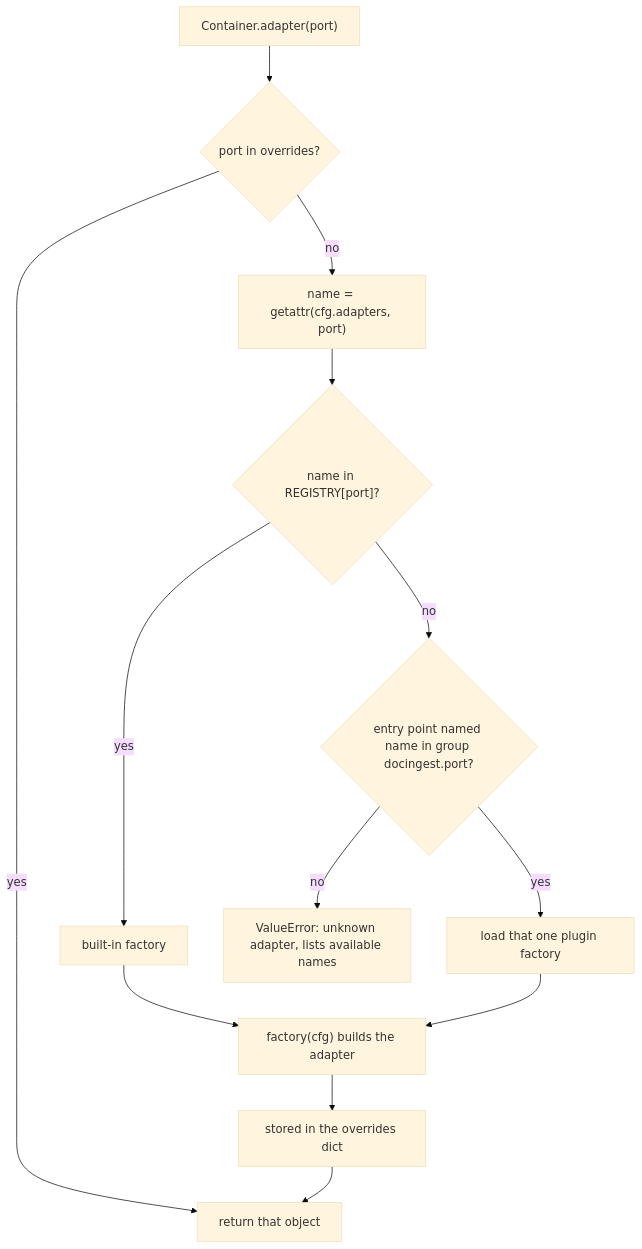
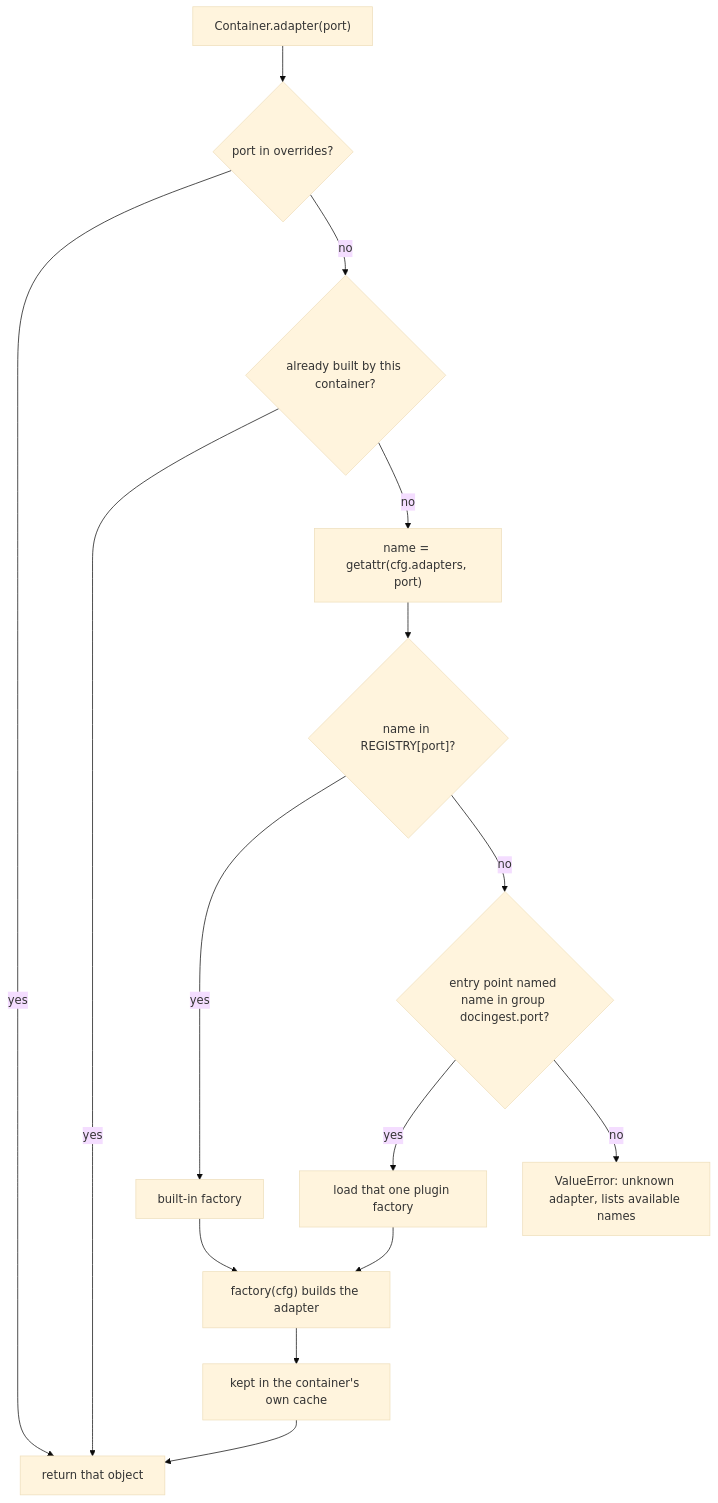
One commit to etxsA/doc-ingest changed the third of 3 diagrams in src/docingest/README.md. Above: the diagram before and after it, drawn with Mermaid (base theme). The commit also changed other lines of this file and 12 other files, not shown here.

Commit message:
docs: module READMEs, architecture and contributing guide match the fixes

````diff
--- a/src/docingest/README.md
+++ b/src/docingest/README.md
@@ -152,15 +152,17 @@
 ```mermaid
 flowchart TD
     A["Container.adapter(port)"] --> B{"port in overrides?"}
     B -->|yes| R["return that object"]
-    B -->|no| N["name = getattr(cfg.adapters, port)"]
+    B -->|no| BU{"already built by this container?"}
+    BU -->|yes| R
+    BU -->|no| N["name = getattr(cfg.adapters, port)"]
     N --> F{"name in REGISTRY[port]?"}
     F -->|yes| BI["built-in factory"]
     F -->|no| P{"entry point named name in group docingest.port?"}
     P -->|yes| PL["load that one plugin factory"]
     P -->|no| ERR["ValueError: unknown adapter, lists available names"]
     BI --> MK["factory(cfg) builds the adapter"]
     PL --> MK
-    MK --> CACHE["stored in the overrides dict"]
+    MK --> CACHE["kept in the container's own cache"]
     CACHE --> R
 ```
````
